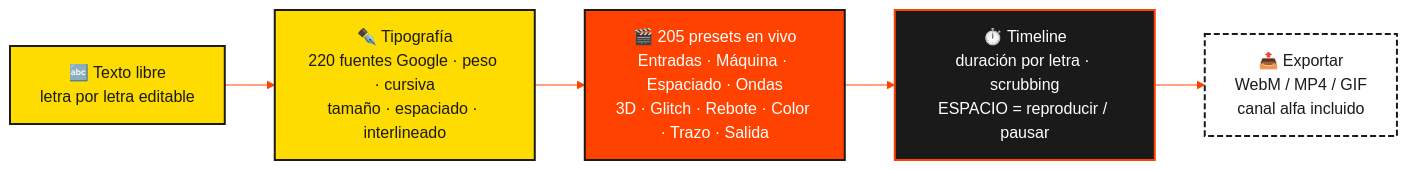
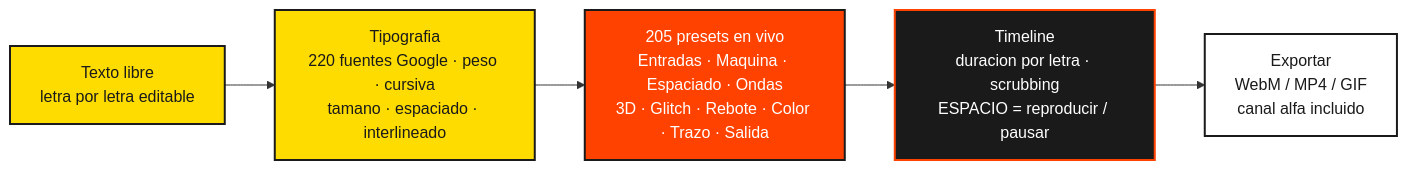
Before and after one commit to freeanimationpower/FREE-ANIMATION-POWER_TEXT-MOTION-CONTROL: the diagram in README.md, drawn with Mermaid.

Commit message:
Fix mermaid syntax for GitHub renderer

````diff
--- a/README.md
+++ b/README.md
@@ -32,16 +32,15 @@
 ```mermaid
 flowchart LR
-%%{init: {'theme': 'base', 'themeVariables': {'primaryColor': '#ffdc00', 'primaryBorderColor': '#1a1a1a', 'primaryTextColor': '#1a1a1a', 'lineColor': '#ff4200', 'fontFamily': 'Segoe UI'}}}%%
     classDef ui fill:#ffdc00,stroke:#1a1a1a,color:#1a1a1a,stroke-width:2px;
     classDef engine fill:#ff4200,stroke:#1a1a1a,color:#ffffff,stroke-width:2px;
     classDef data fill:#1a1a1a,stroke:#ff4200,color:#ffffff,stroke-width:2px;
-    classDef ext fill:#ffffff,stroke:#1a1a1a,color:#1a1a1a,stroke-width:2px,stroke-dasharray:6 3;
-        TXT["🔤 Texto libre<br/>letra por letra editable"] --> TIP["✒️ Tipografía<br/>220 fuentes Google · peso · cursiva<br/>tamaño · espaciado · interlineado"]
-        TIP --> PRS["🎬 205 presets en vivo<br/>Entradas · Máquina · Espaciado · Ondas<br/>3D · Glitch · Rebote · Color · Trazo · Salida"]
-        PRS --> TIM["⏱️ Timeline<br/>duración por letra · scrubbing<br/>ESPACIO = reproducir / pausar"]
-        TIM --> EXP["📤 Exportar<br/>WebM / MP4 / GIF<br/>canal alfa incluido"]
+    classDef ext fill:#ffffff,stroke:#1a1a1a,color:#1a1a1a,stroke-width:2px;
+        TXT["Texto libre<br/>letra por letra editable"] --> TIP["Tipografia<br/>220 fuentes Google · peso · cursiva<br/>tamano · espaciado · interlineado"]
+        TIP --> PRS["205 presets en vivo<br/>Entradas · Maquina · Espaciado · Ondas<br/>3D · Glitch · Rebote · Color · Trazo · Salida"]
+        PRS --> TIM["Timeline<br/>duracion por letra · scrubbing<br/>ESPACIO = reproducir / pausar"]
+        TIM --> EXP["Exportar<br/>WebM / MP4 / GIF<br/>canal alfa incluido"]
         class TXT,TIP ui
         class PRS engine
         class TIM data
         class EXP ext
 ```
````
